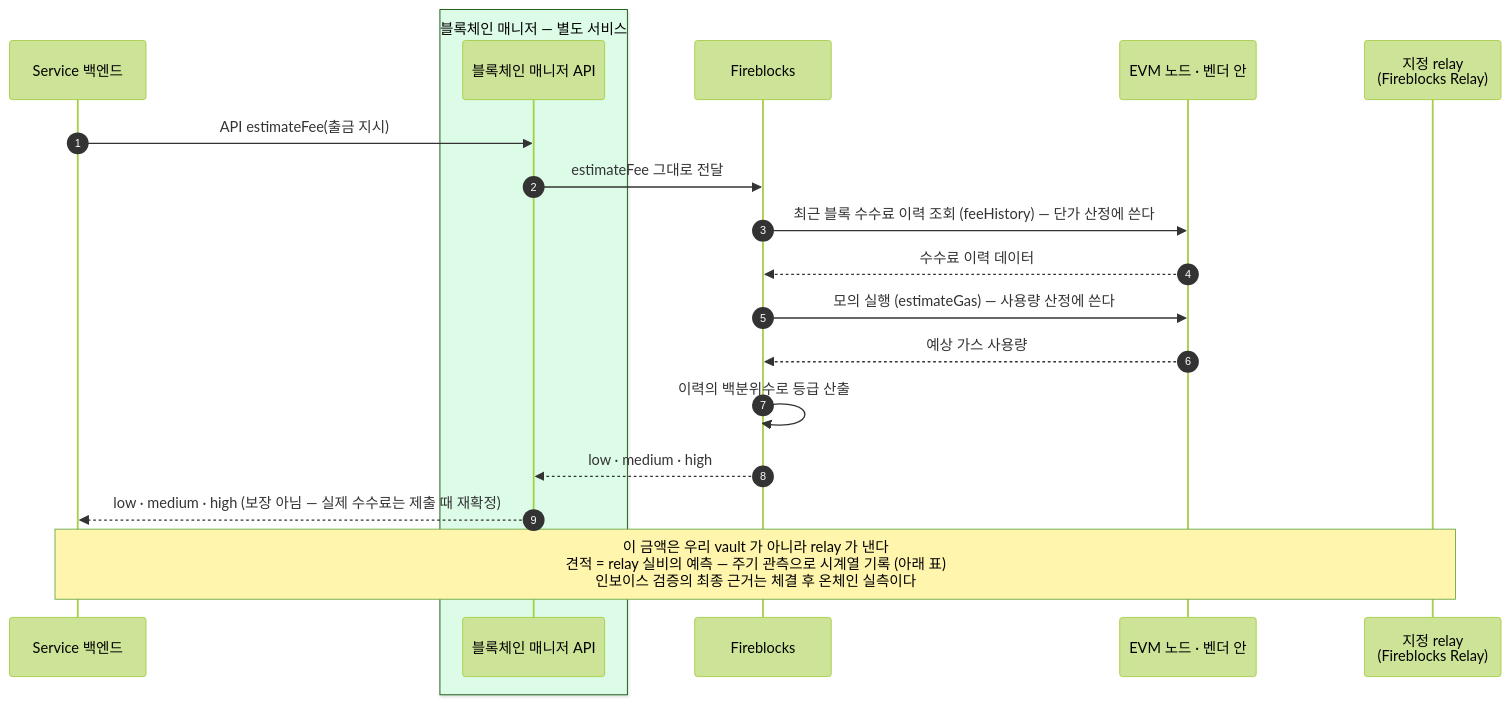
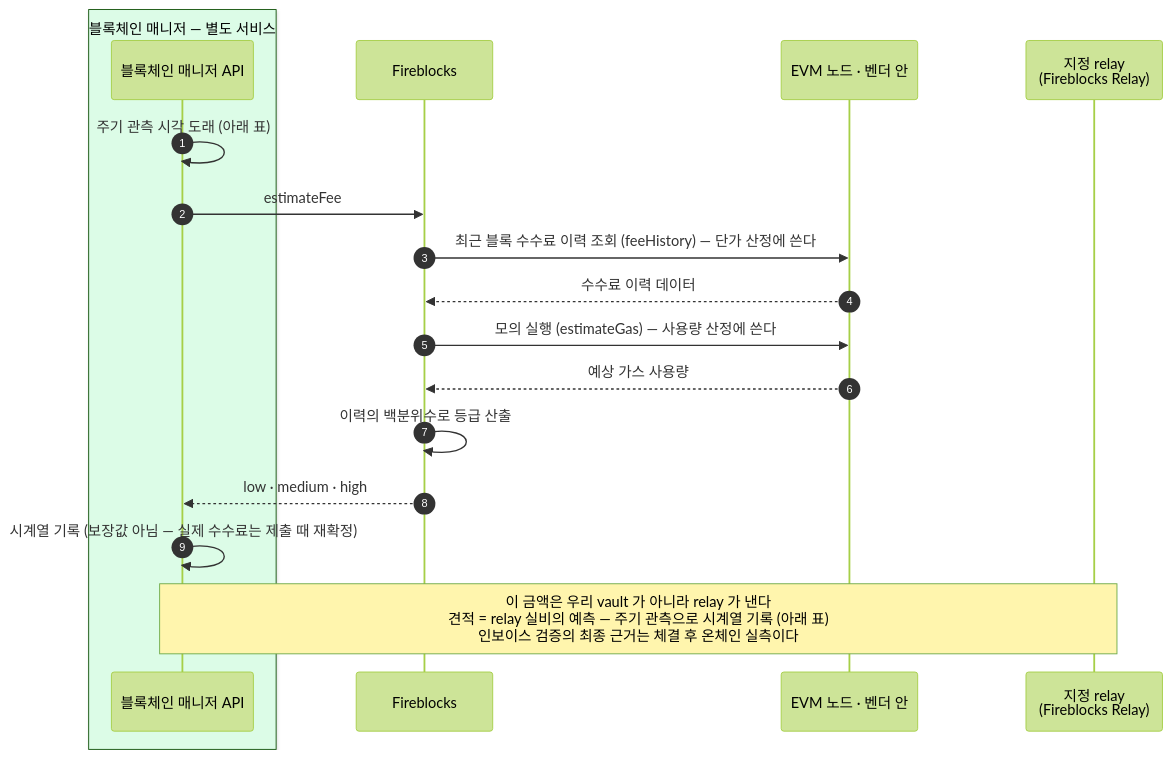
The diagram in blockchain-manager/docs/블록체인매니저/설계/07-estimate-fee.md (eunsujeo/eunpus), drawn with Mermaid (forest theme) before and after one commit. The commit also changed other lines of this file and 12 other files, not shown here.

First line of the commit message:
인터페이스 문서 순서 재배열 + estimateFee 매니저 내부화 + 16장 보강

````diff
--- a/blockchain-manager/docs/블록체인매니저/설계/07-estimate-fee.md
+++ b/blockchain-manager/docs/블록체인매니저/설계/07-estimate-fee.md
@@ -17,22 +17,21 @@
 ```mermaid
 sequenceDiagram
     autonumber
-    participant BE as Service 백엔드
     box rgb(220,252,231) 블록체인 매니저 — 별도 서비스
     participant BM as 블록체인 매니저 API
     end
     participant FB as Fireblocks
     participant CH as EVM 노드 · 벤더 안
     participant RL as 지정 relay<br/>(Fireblocks Relay)
 
-    BE->>BM: API estimateFee(출금 지시)
-    BM->>FB: estimateFee 그대로 전달
+    BM->>BM: 주기 관측 시각 도래 (아래 표)
+    BM->>FB: estimateFee
     FB->>CH: 최근 블록 수수료 이력 조회 (feeHistory) — 단가 산정에 쓴다
     CH-->>FB: 수수료 이력 데이터
     FB->>CH: 모의 실행 (estimateGas) — 사용량 산정에 쓴다
     CH-->>FB: 예상 가스 사용량
     FB->>FB: 이력의 백분위수로 등급 산출
     FB-->>BM: low · medium · high
-    BM-->>BE: low · medium · high (보장 아님 — 실제 수수료는 제출 때 재확정)
-    Note over BE,RL: 이 금액은 우리 vault 가 아니라 relay 가 낸다<br/>견적 = relay 실비의 예측 — 주기 관측으로 시계열 기록 (아래 표)<br/>인보이스 검증의 최종 근거는 체결 후 온체인 실측이다
+    BM->>BM: 시계열 기록 (보장값 아님 — 실제 수수료는 제출 때 재확정)
+    Note over BM,RL: 이 금액은 우리 vault 가 아니라 relay 가 낸다<br/>견적 = relay 실비의 예측 — 주기 관측으로 시계열 기록 (아래 표)<br/>인보이스 검증의 최종 근거는 체결 후 온체인 실측이다
 ```
````
